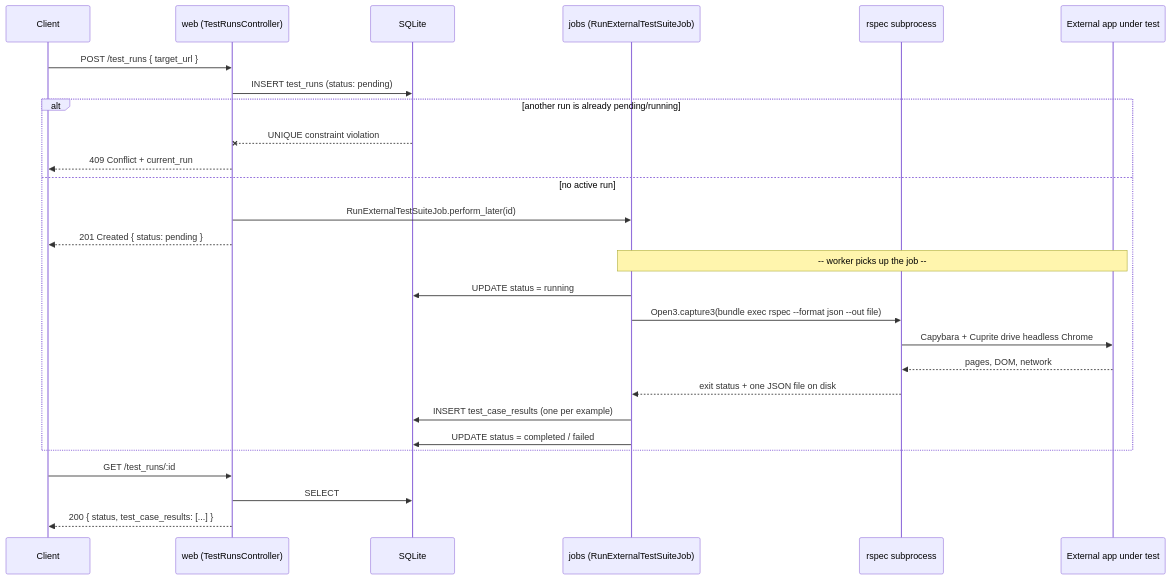
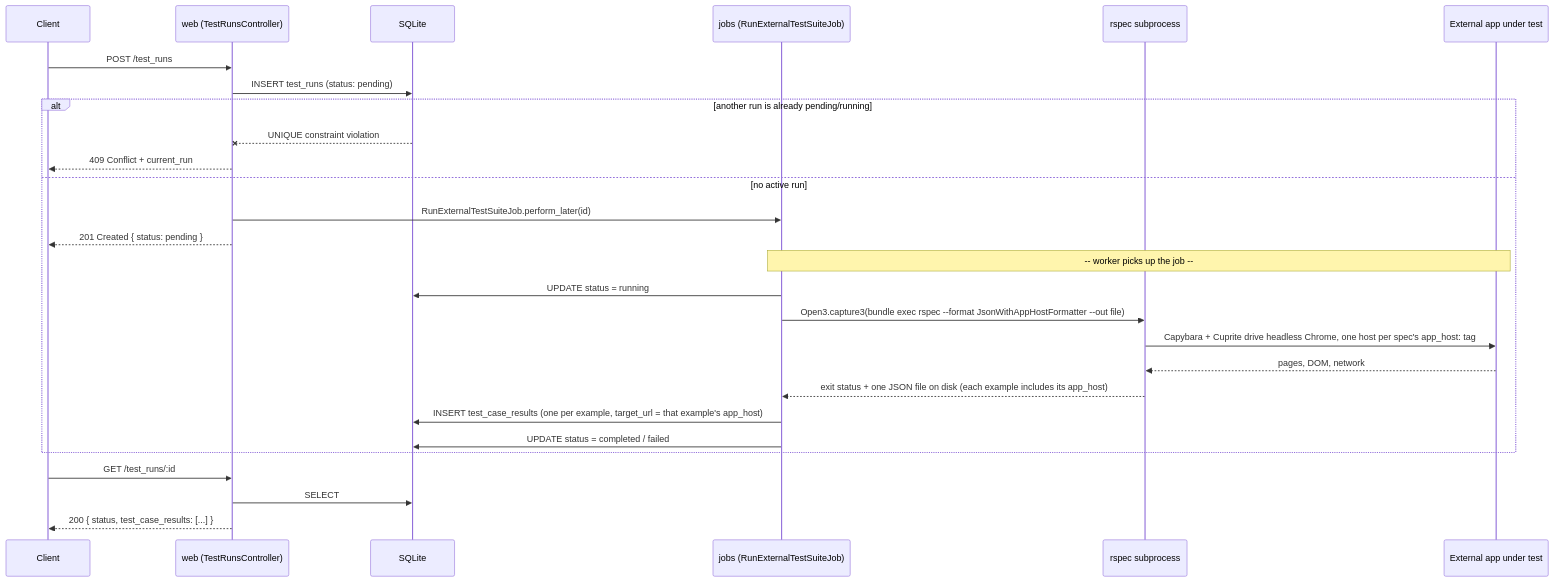
Before and after one commit to dev-friends/poc-app-test-api: the third of 6 diagrams in docs/ARCHITECTURE.md, drawn with Mermaid. The commit also changed other lines of this file and 15 other files, not shown here.

First line of the commit message:
Move target_url from TestRun to TestCaseResult

````diff
--- a/docs/ARCHITECTURE.md
+++ b/docs/ARCHITECTURE.md
@@ -144,30 +144,30 @@
 ```mermaid
 sequenceDiagram
   participant C as Client
   participant W as web (TestRunsController)
   participant D as SQLite
   participant J as jobs (RunExternalTestSuiteJob)
   participant R as rspec subprocess
   participant E as External app under test
 
-  C->>W: POST /test_runs { target_url }
+  C->>W: POST /test_runs
   W->>D: INSERT test_runs (status: pending)
   alt another run is already pending/running
     D--xW: UNIQUE constraint violation
     W-->>C: 409 Conflict + current_run
   else no active run
     W->>J: RunExternalTestSuiteJob.perform_later(id)
     W-->>C: 201 Created { status: pending }
     Note over J,E: -- worker picks up the job --
     J->>D: UPDATE status = running
-    J->>R: Open3.capture3(bundle exec rspec --format json --out file)
-    R->>E: Capybara + Cuprite drive headless Chrome
+    J->>R: Open3.capture3(bundle exec rspec --format JsonWithAppHostFormatter --out file)
+    R->>E: Capybara + Cuprite drive headless Chrome, one host per spec's app_host: tag
     E-->>R: pages, DOM, network
-    R-->>J: exit status + one JSON file on disk
-    J->>D: INSERT test_case_results (one per example)
+    R-->>J: exit status + one JSON file on disk (each example includes its app_host)
+    J->>D: INSERT test_case_results (one per example, target_url = that example's app_host)
     J->>D: UPDATE status = completed / failed
   end
   C->>W: GET /test_runs/:id
   W->>D: SELECT
   W-->>C: 200 { status, test_case_results: [...] }
 ```
````
